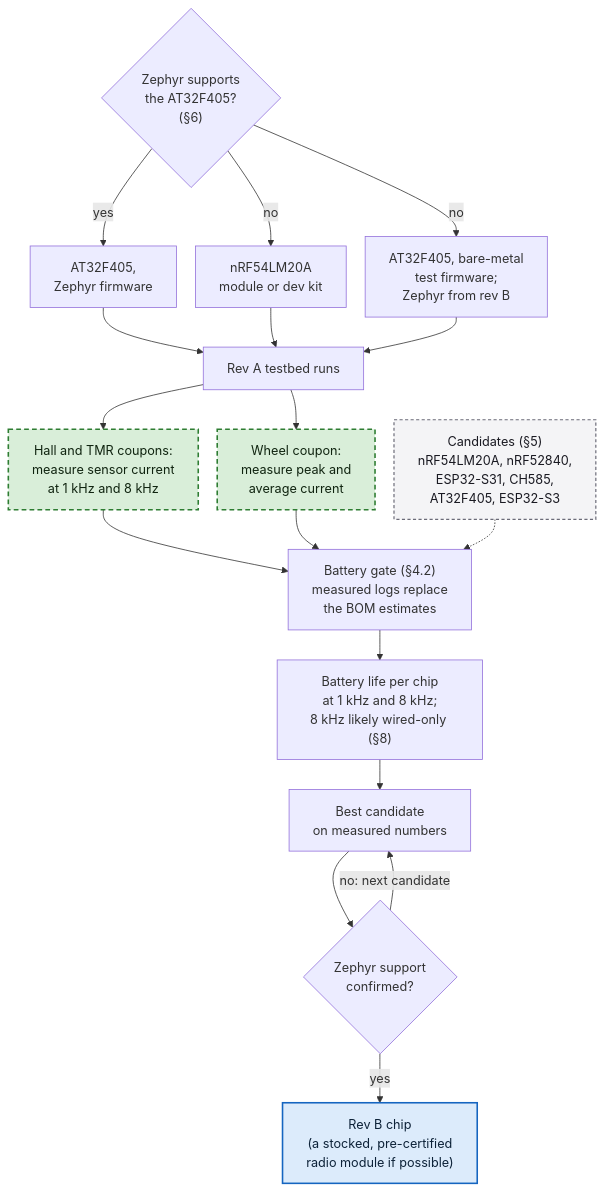
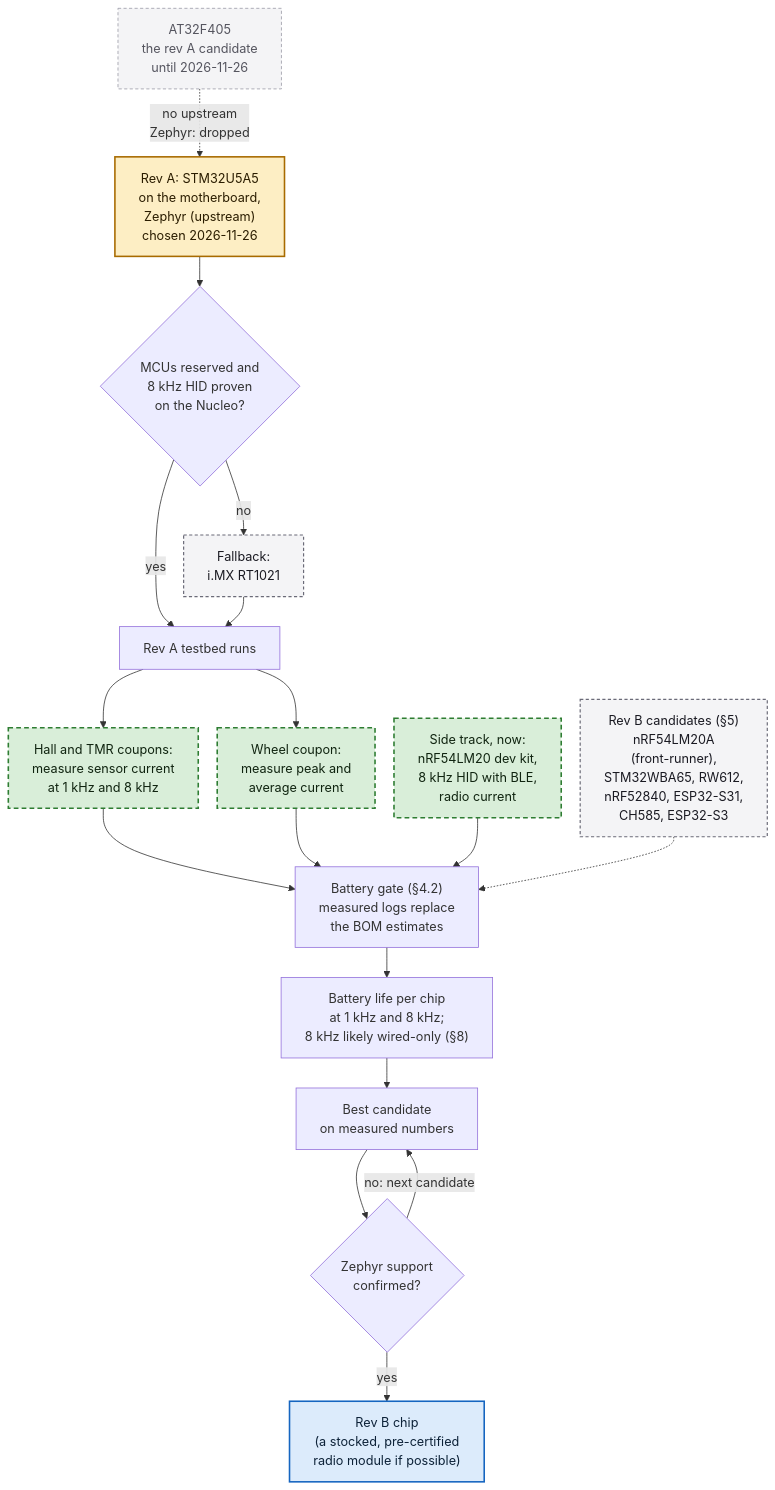
One commit to tyevco/prettycoolboards changed diagram 18 of 22 in keyboard/docs/concept.md. Above: the diagram before and after it, drawn with Mermaid. The commit also changed other lines of this file and 19 other files, not shown here.

````diff
--- a/keyboard/docs/concept.md
+++ b/keyboard/docs/concept.md
@@ -1069,34 +1085,39 @@
 ```mermaid
 ---
 config:
   # the docs theme sets p { line-height: 28px }, which would clip the labels mermaid measured at 1.5
   themeCSS: "p { line-height: inherit; }"
   flowchart:
+    wrappingWidth: 400
     nodeSpacing: 24
     rankSpacing: 38
 ---
 flowchart TB
-  Z{"Zephyr supports<br/>the AT32F405?<br/>(§6)"}
-  Z -->|yes| A1["AT32F405,<br/>Zephyr firmware"]
-  Z -->|no| A2["nRF54LM20A<br/>module or dev kit"]
-  Z -->|no| A3["AT32F405, bare-metal<br/>test firmware;<br/>Zephyr from rev B"]
-  A1 --> T
-  A2 --> T
-  A3 --> T
+  OLD["AT32F405<br/>the rev A candidate<br/>until 2026-11-26"]:::old
+  OLD -.->|"no upstream<br/>Zephyr: dropped"| A
+  A["Rev A: STM32U5A5<br/>on the motherboard,<br/>Zephyr (upstream)<br/>chosen 2026-11-26"]:::reva
+  A --> C{"MCUs reserved and<br/>8 kHz HID proven<br/>on the Nucleo?"}
+  C -->|"no"| FB["Fallback:<br/>i.MX RT1021"]:::cand
+  C -->|yes| T
+  FB --> T
   T["Rev A testbed runs"]
   T --> M["Hall and TMR coupons:<br/>measure sensor current<br/>at 1 kHz and 8 kHz"]:::meas
   T --> W["Wheel coupon:<br/>measure peak and<br/>average current"]:::meas
+  DK["Side track, now:<br/>nRF54LM20 dev kit,<br/>8 kHz HID with BLE,<br/>radio current"]:::meas
   M --> G
   W --> G
+  DK --> G
   G["Battery gate (§4.2)<br/>measured logs replace<br/>the BOM estimates"]
-  CAND["Candidates (§5)<br/>nRF54LM20A, nRF52840,<br/>ESP32-S31, CH585,<br/>AT32F405, ESP32-S3"]:::cand -.-> G
+  CAND["Rev B candidates (§5)<br/>nRF54LM20A<br/>(front-runner),<br/>STM32WBA65, RW612,<br/>nRF52840, ESP32-S31,<br/>CH585, ESP32-S3"]:::cand -.-> G
   G --> R["Battery life per chip<br/>at 1 kHz and 8 kHz;<br/>8 kHz likely wired-only (§8)"]
   R --> B["Best candidate<br/>on measured numbers"]
   B --> ZC{"Zephyr support<br/>confirmed?"}
   ZC -->|"no: next candidate"| B
   ZC -->|yes| PICK["Rev B chip<br/>(a stocked, pre-certified<br/>radio module if possible)"]:::pick
 
+  classDef old fill:#f4f4f6,stroke:#9a9aa6,stroke-width:1px,stroke-dasharray:4 3,color:#55555f
+  classDef reva fill:#fdeec4,stroke:#a86b00,stroke-width:2px,color:#2b1d00
   classDef meas fill:#d9eed9,stroke:#2e7d32,stroke-width:2px,stroke-dasharray:6 4,color:#102410
   classDef cand fill:#f4f4f6,stroke:#6b6b78,stroke-width:1.5px,stroke-dasharray:4 3,color:#1a1a22
   classDef pick fill:#dcebfb,stroke:#1565c0,stroke-width:2px,color:#0d2238
 ```
````
